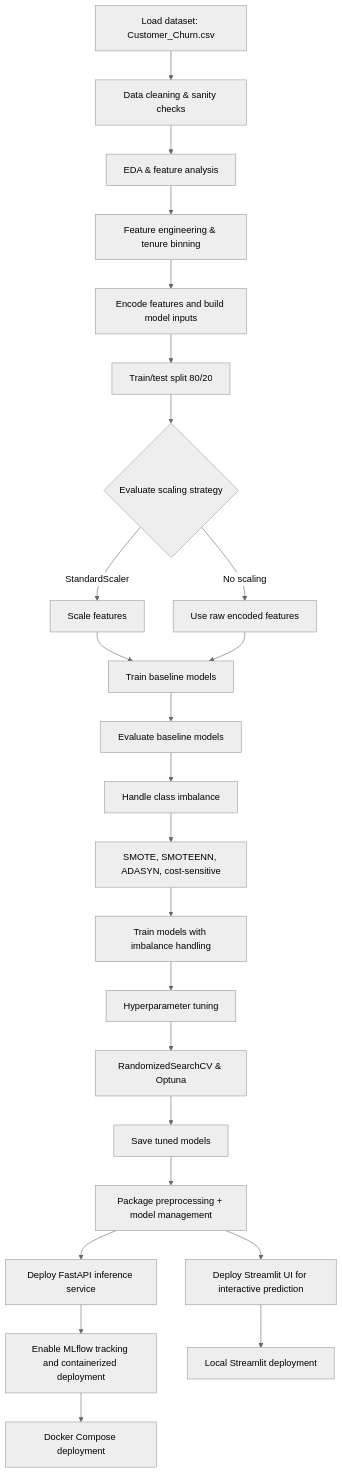
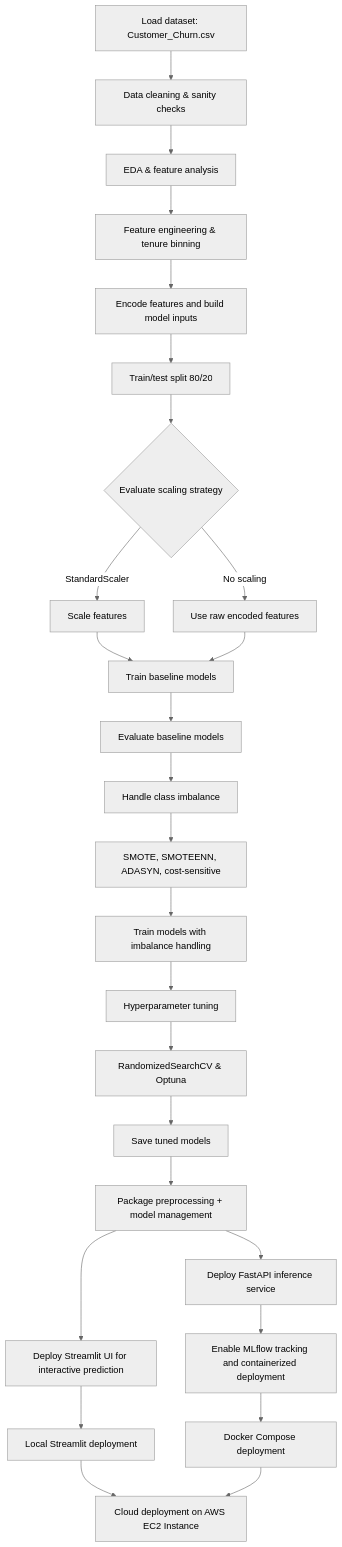
The diagram in README.md (Sambit2424/Telecom_Customer_Churn_Prediction), drawn with Mermaid (neutral theme) before and after one commit. The commit also changed other lines of this file and 1 other file, not shown here.

Commit message:
Cloud deployment steps added

````diff
--- a/README.md
+++ b/README.md
@@ -28,26 +28,28 @@
 ```mermaid
 flowchart TD
     A[Load dataset: Customer_Churn.csv] --> B[Data cleaning & sanity checks]
     B --> C[EDA & feature analysis]
     C --> D[Feature engineering & tenure binning]
     D --> E[Encode features and build model inputs]
     E --> F[Train/test split 80/20]
     F --> G{Evaluate scaling strategy}
     G -->|StandardScaler| H[Scale features]
     G -->|No scaling| I[Use raw encoded features]
     H --> J[Train baseline models]
     I --> J
     J --> K[Evaluate baseline models]
     K --> L[Handle class imbalance]
     L --> M[SMOTE, SMOTEENN, ADASYN, cost-sensitive]
     M --> N[Train models with imbalance handling]
     N --> O[Hyperparameter tuning]
     O --> P[RandomizedSearchCV & Optuna]
     P --> Q[Save tuned models]
     Q --> R[Package preprocessing + model management]
     R --> S[Deploy Streamlit UI for interactive prediction]
     R --> T[Deploy FastAPI inference service]
     T --> U[Enable MLflow tracking and containerized deployment]
     S --> V[Local Streamlit deployment]
     U --> W[Docker Compose deployment]
+    V --> X[Cloud deployment on AWS EC2 Instance]
+    W --> X
 ```
````
